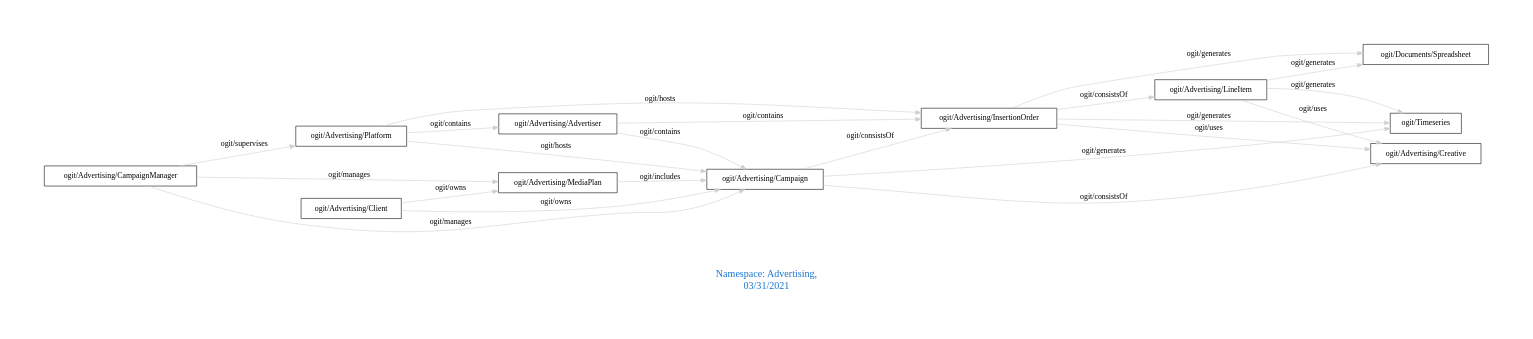
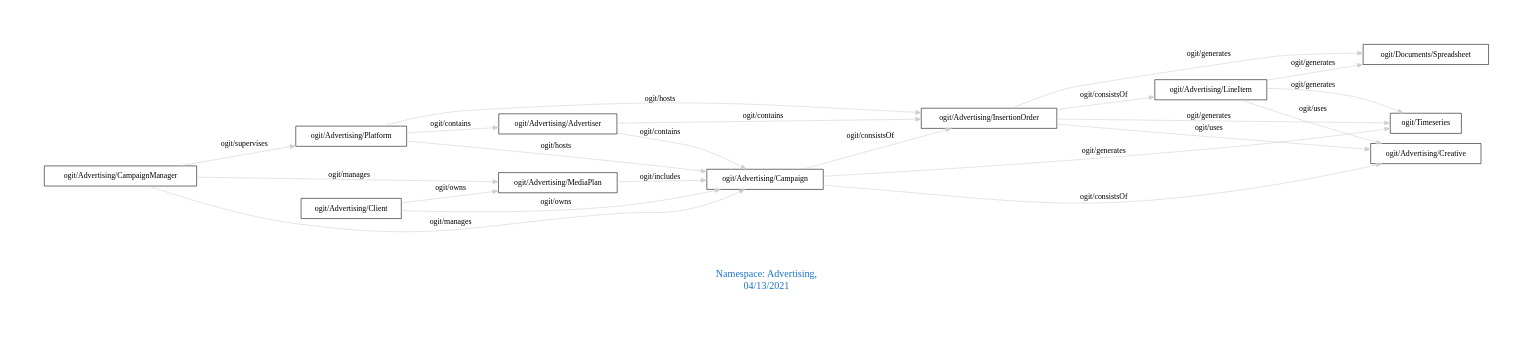
The diagram in downloads/Advertising.dot (arago/OGIT), drawn with Graphviz before and after one commit. The commit also changed 1849 other files, not shown here.

```diff
--- a/downloads/Advertising.dot
+++ b/downloads/Advertising.dot
@@ -1,29 +1,29 @@
 digraph OGIT_ontology {
  graph [ rankdir= LR,pad=1 
 fontsize = 18,
-fontcolor= dodgerblue3,label = "\n\n\nNamespace: Advertising, \n 03/31/2021"];
+fontcolor= dodgerblue3,label = "\n\n\nNamespace: Advertising, \n 04/13/2021"];
 node[shape=polygon];
 edge [  color="gray81"];
 
    "ogit/Advertising/Advertiser" -> "ogit/Advertising/Campaign" [label="   ogit/contains    "];
    "ogit/Advertising/Advertiser" -> "ogit/Advertising/InsertionOrder" [label="   ogit/contains    "];
    "ogit/Advertising/Platform" -> "ogit/Advertising/Advertiser" [label="   ogit/contains    "];
    "ogit/Advertising/CampaignManager" -> "ogit/Advertising/MediaPlan" [label="   ogit/manages    "];
    "ogit/Advertising/CampaignManager" -> "ogit/Advertising/Campaign" [label="   ogit/manages    "];
    "ogit/Advertising/Platform" -> "ogit/Advertising/Campaign" [label="   ogit/hosts    "];
    "ogit/Advertising/Platform" -> "ogit/Advertising/InsertionOrder" [label="   ogit/hosts    "];
    "ogit/Advertising/CampaignManager" -> "ogit/Advertising/Platform" [label="   ogit/supervises    "];
    "ogit/Advertising/Campaign" -> "ogit/Timeseries" [label="   ogit/generates    "];
    "ogit/Advertising/InsertionOrder" -> "ogit/Timeseries" [label="   ogit/generates    "];
    "ogit/Advertising/InsertionOrder" -> "ogit/Documents/Spreadsheet" [label="   ogit/generates    "];
    "ogit/Advertising/LineItem" -> "ogit/Timeseries" [label="   ogit/generates    "];
    "ogit/Advertising/LineItem" -> "ogit/Documents/Spreadsheet" [label="   ogit/generates    "];
    "ogit/Advertising/MediaPlan" -> "ogit/Advertising/Campaign" [label="   ogit/includes    "];
    "ogit/Advertising/Client" -> "ogit/Advertising/MediaPlan" [label="   ogit/owns    "];
    "ogit/Advertising/Client" -> "ogit/Advertising/Campaign" [label="   ogit/owns    "];
    "ogit/Advertising/InsertionOrder" -> "ogit/Advertising/Creative" [label="   ogit/uses    "];
    "ogit/Advertising/LineItem" -> "ogit/Advertising/Creative" [label="   ogit/uses    "];
    "ogit/Advertising/Campaign" -> "ogit/Advertising/InsertionOrder" [label="   ogit/consistsOf    "];
    "ogit/Advertising/Campaign" -> "ogit/Advertising/Creative" [label="   ogit/consistsOf    "];
    "ogit/Advertising/InsertionOrder" -> "ogit/Advertising/LineItem" [label="   ogit/consistsOf    "];
 }
```
